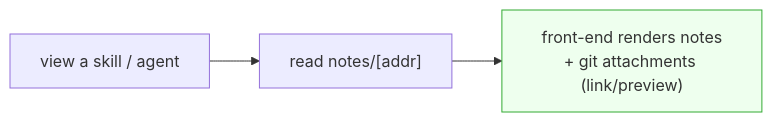
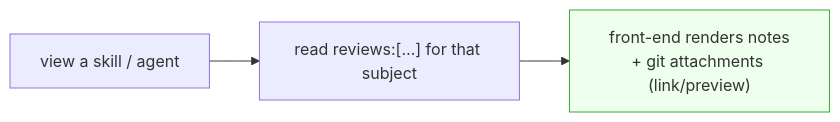
One commit to IQCoreTeam/AgentNet changed the second of 3 diagrams in plans/notes.md. Above: the diagram before and after it, drawn with Mermaid. The commit also changed other lines of this file and 5 other files, not shown here.

````diff
--- a/plans/notes.md
+++ b/plans/notes.md
@@ -61,6 +65,6 @@
 ```mermaid
 flowchart LR
-    Q["view a skill / agent"] --> READ["read notes/[addr]"]
+    Q["view a skill / agent"] --> READ["read reviews:[…] for that subject"]
     READ --> RENDER["front-end renders notes<br/>+ git attachments (link/preview)"]
     style RENDER fill:#efe,stroke:#3a3
 ```
````
